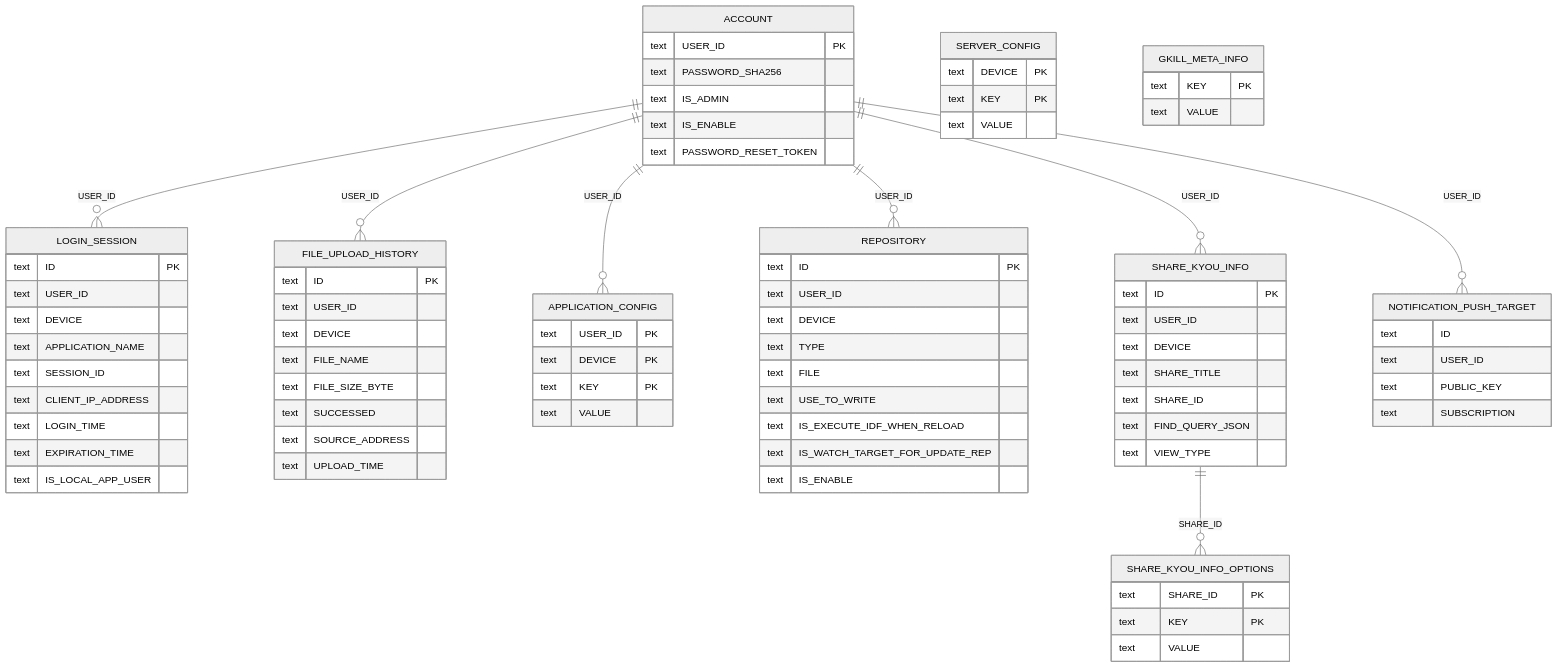
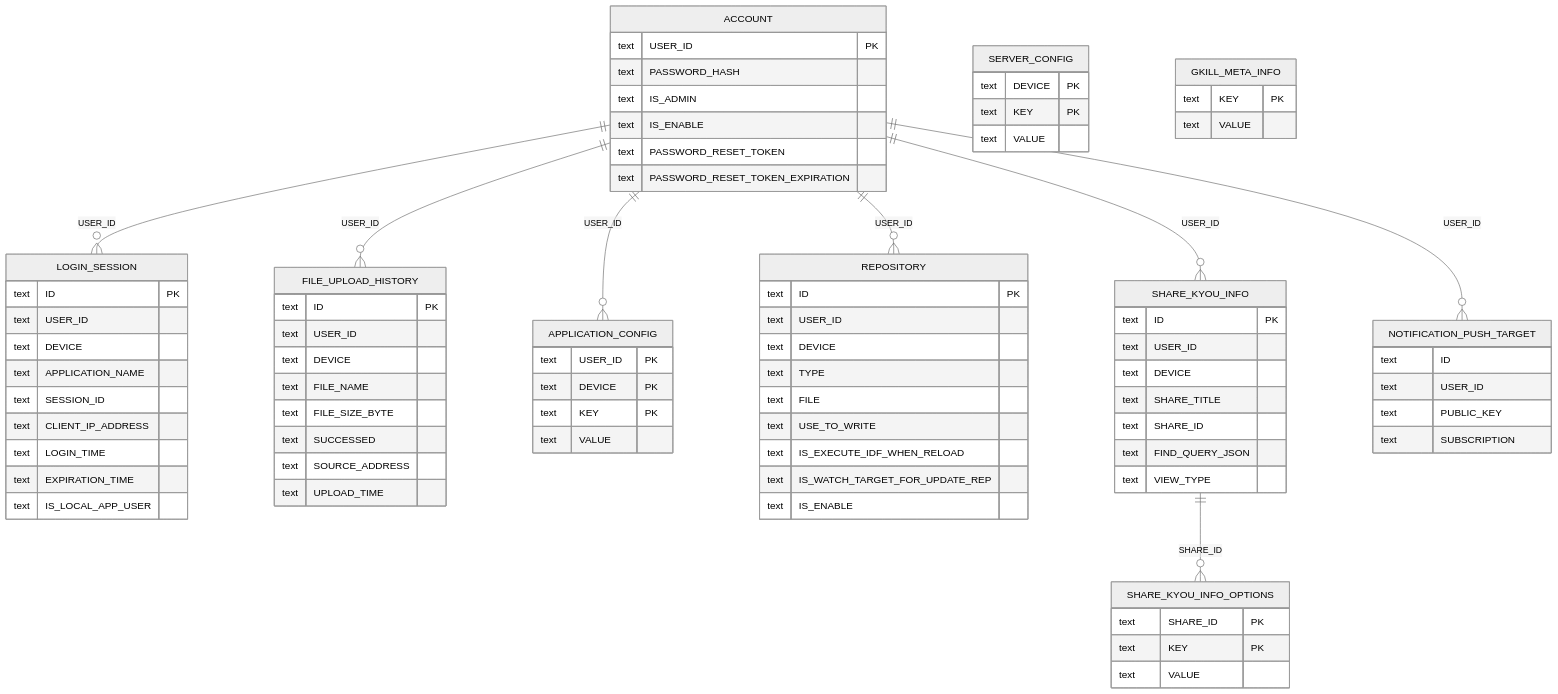
The second of 3 diagrams in documents/reverse/er-diagram.md (mt3hr/gkill), drawn with Mermaid (neutral theme) before and after one commit. The commit also changed other lines of this file and 62 other files, not shown here.

```diff
--- a/documents/reverse/er-diagram.md
+++ b/documents/reverse/er-diagram.md
@@ -274,10 +274,11 @@
 erDiagram
     ACCOUNT {
         text USER_ID PK
-        text PASSWORD_SHA256
+        text PASSWORD_HASH
         text IS_ADMIN
         text IS_ENABLE
         text PASSWORD_RESET_TOKEN
+        text PASSWORD_RESET_TOKEN_EXPIRATION
     }
 
     LOGIN_SESSION {
```
